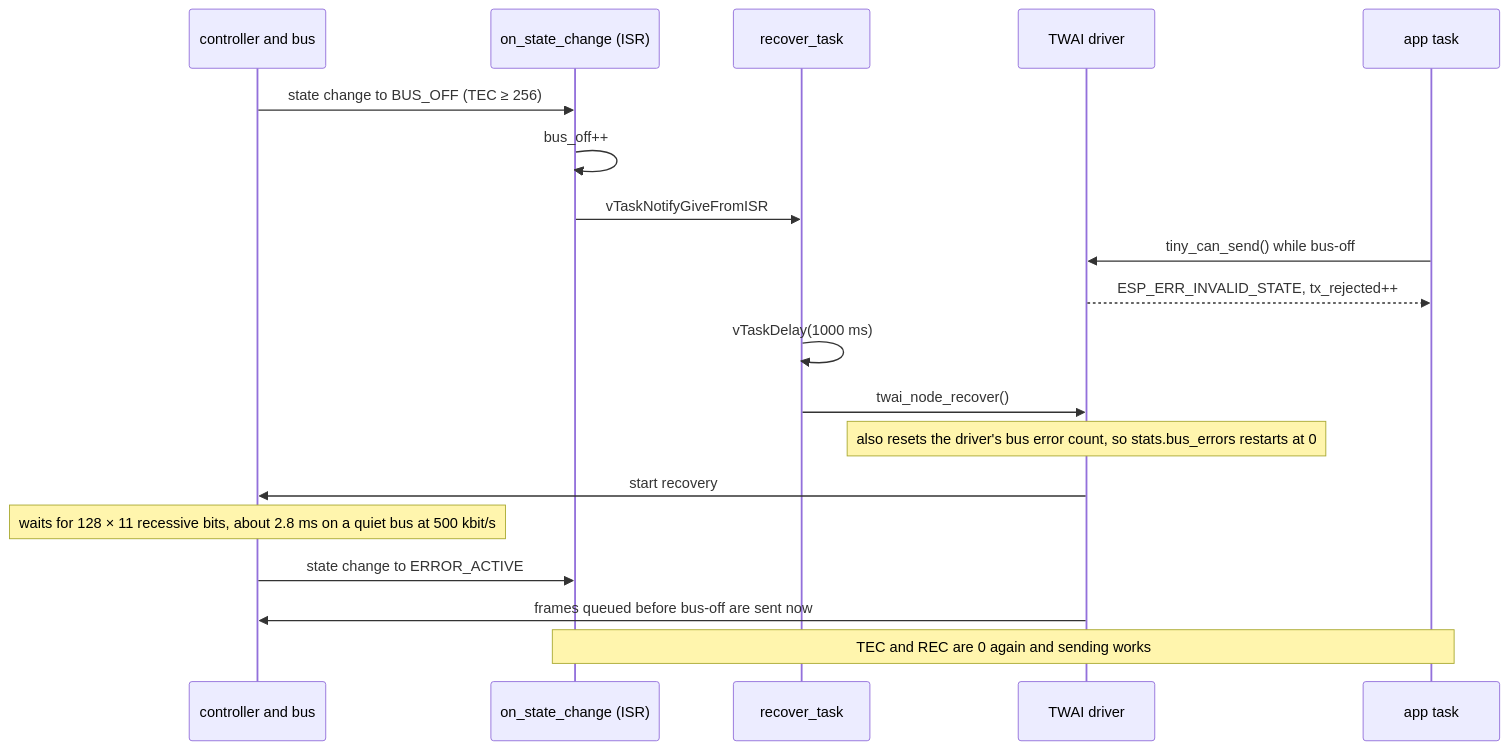
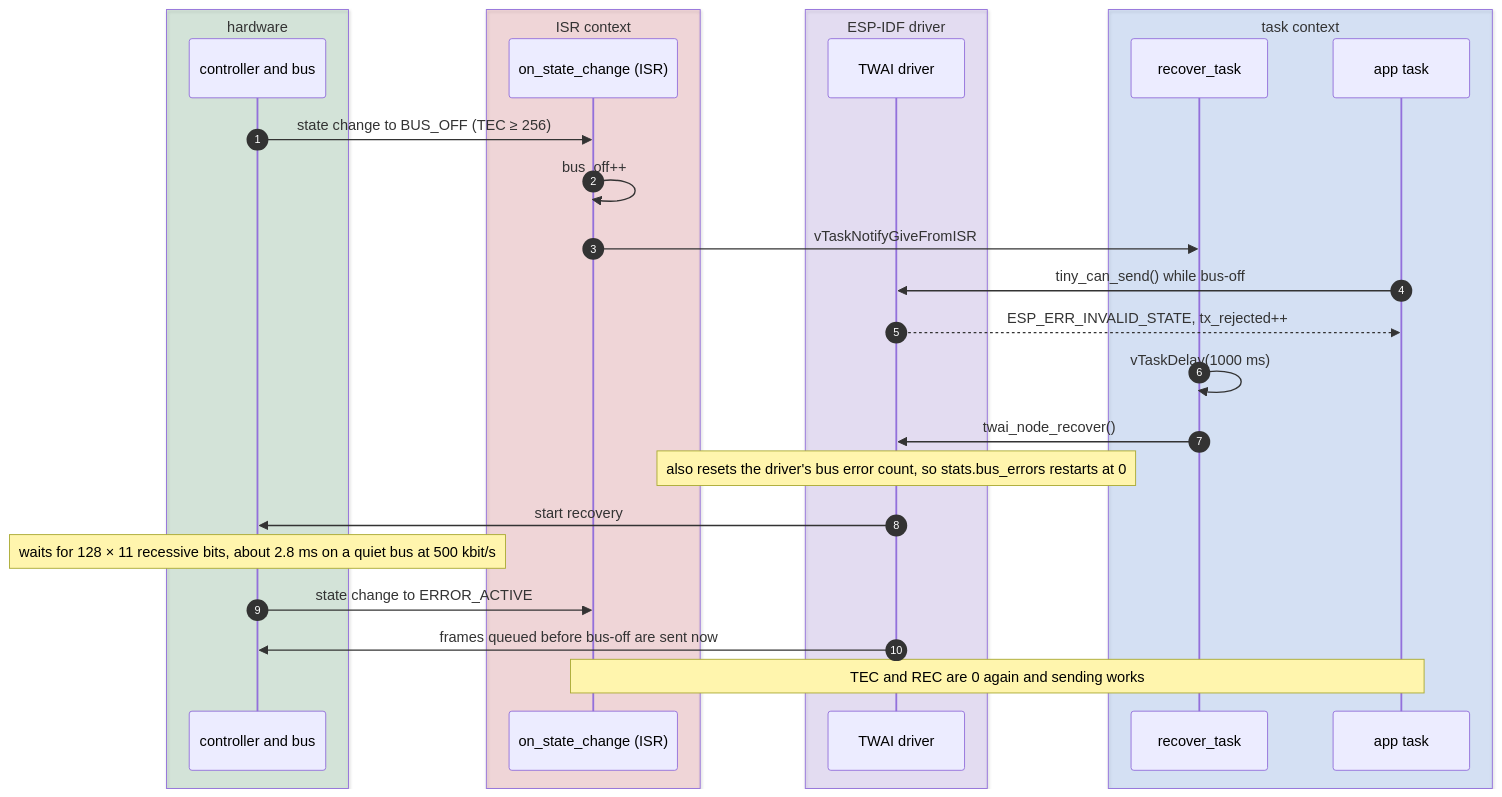
One commit to shanirub/tiny-ecus changed the fifth of 5 diagrams in components/tiny_can/README.md. Above: the diagram before and after it, drawn with Mermaid. The commit also changed other lines of this file, not shown here.

First line of the commit message:
tiny_can diagrams: colour by execution context and state (#16)

````diff
--- a/components/tiny_can/README.md
+++ b/components/tiny_can/README.md
@@ -174,22 +209,31 @@
 ```mermaid
 sequenceDiagram
-    participant Bus as controller and bus
-    participant ISR as on_state_change (ISR)
-    participant R as recover_task
-    participant Drv as TWAI driver
-    participant App as app task
+    autonumber
+    box rgba(26,127,55,0.15) hardware
+        participant Bus as controller and bus
+    end
+    box rgba(207,34,46,0.15) ISR context
+        participant ISR as on_state_change (ISR)
+    end
+    box rgba(130,80,223,0.15) ESP-IDF driver
+        participant Drv as TWAI driver
+    end
+    box rgba(31,111,235,0.15) task context
+        participant R as recover_task
+        participant App as app task
+    end
 
     Bus->>ISR: state change to BUS_OFF (TEC ≥ 256)
     ISR->>ISR: bus_off++
     ISR->>R: vTaskNotifyGiveFromISR
     App->>Drv: tiny_can_send() while bus-off
     Drv-->>App: ESP_ERR_INVALID_STATE, tx_rejected++
     R->>R: vTaskDelay(1000 ms)
     R->>Drv: twai_node_recover()
     Note over Drv: also resets the driver's bus error count, so stats.bus_errors restarts at 0
     Drv->>Bus: start recovery
     Note over Bus: waits for 128 × 11 recessive bits, about 2.8 ms on a quiet bus at 500 kbit/s
     Bus->>ISR: state change to ERROR_ACTIVE
     Drv->>Bus: frames queued before bus-off are sent now
     Note over ISR,App: TEC and REC are 0 again and sending works
 ```
````
